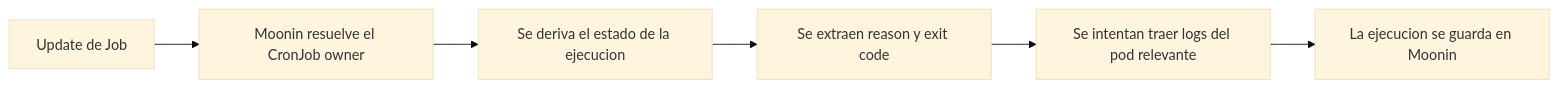
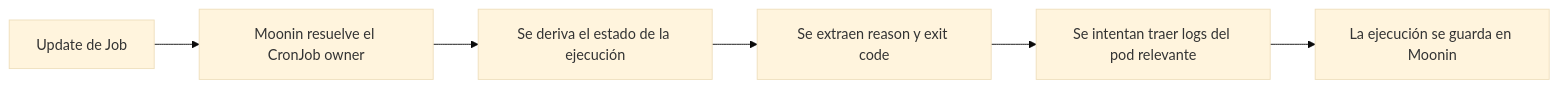
Before and after one commit to Moonin-Lab/Moonin-Docs: the diagram in src/content/docs/es/workloads/index.md, drawn with Mermaid (base theme). The commit also changed other lines of this file and 84 other files, not shown here.

````diff
--- a/src/content/docs/es/workloads/index.md
+++ b/src/content/docs/es/workloads/index.md
@@ -100,11 +100,11 @@
 ```mermaid
 flowchart LR
     A[Update de Job]
     B[Moonin resuelve el CronJob owner]
-    C[Se deriva el estado de la ejecucion]
+    C[Se deriva el estado de la ejecución]
     D[Se extraen reason y exit code]
     E[Se intentan traer logs del pod relevante]
-    F[La ejecucion se guarda en Moonin]
+    F[La ejecución se guarda en Moonin]
 
     A --> B --> C --> D --> E --> F
 ```
````
